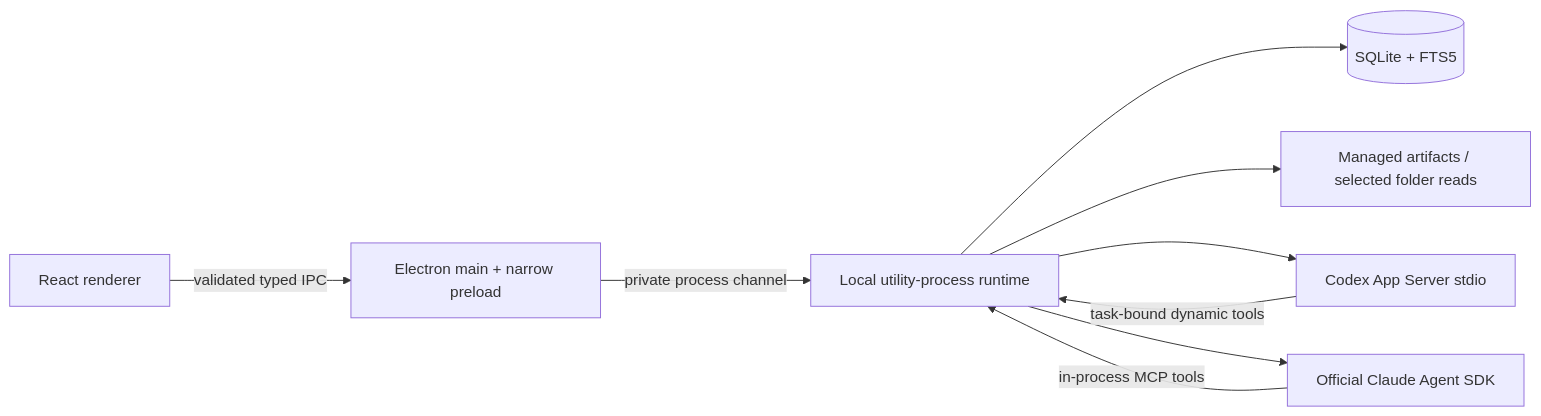
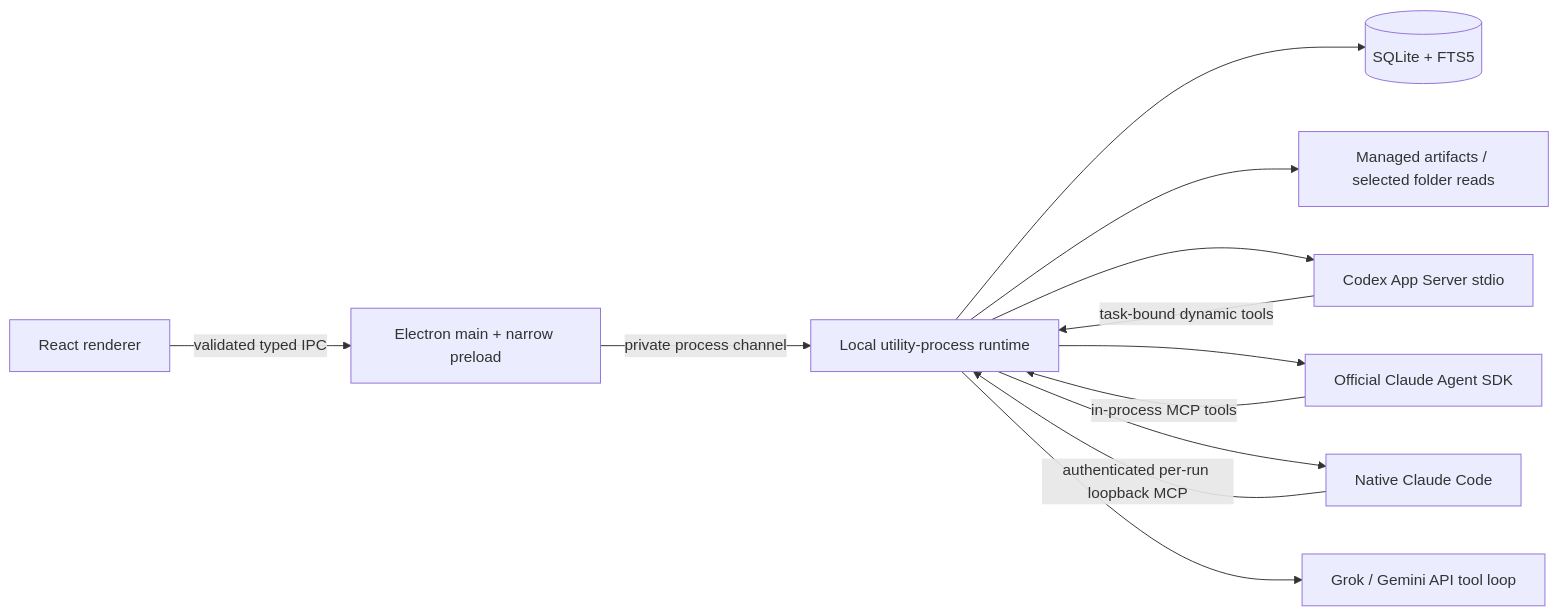
The diagram in docs/architecture.md (mahojo99/autobase), drawn with Mermaid before and after one commit. The commit also changed other lines of this file and 53 other files, not shown here.

Commit message:
Add native Claude orchestration and automatic Autobot identities

````diff
--- a/docs/architecture.md
+++ b/docs/architecture.md
@@ -11,11 +13,14 @@
 ```mermaid
 flowchart LR
   UI[React renderer] -->|validated typed IPC| MAIN[Electron main + narrow preload]
   MAIN -->|private process channel| RT[Local utility-process runtime]
   RT --> DB[(SQLite + FTS5)]
   RT --> FILES[Managed artifacts / selected folder reads]
   RT --> CODEX[Codex App Server stdio]
   RT --> CLAUDE[Official Claude Agent SDK]
+  RT --> NATIVE[Native Claude Code]
+  RT --> API[Grok / Gemini API tool loop]
   CODEX -->|task-bound dynamic tools| RT
   CLAUDE -->|in-process MCP tools| RT
+  NATIVE -->|authenticated per-run loopback MCP| RT
 ```
````
